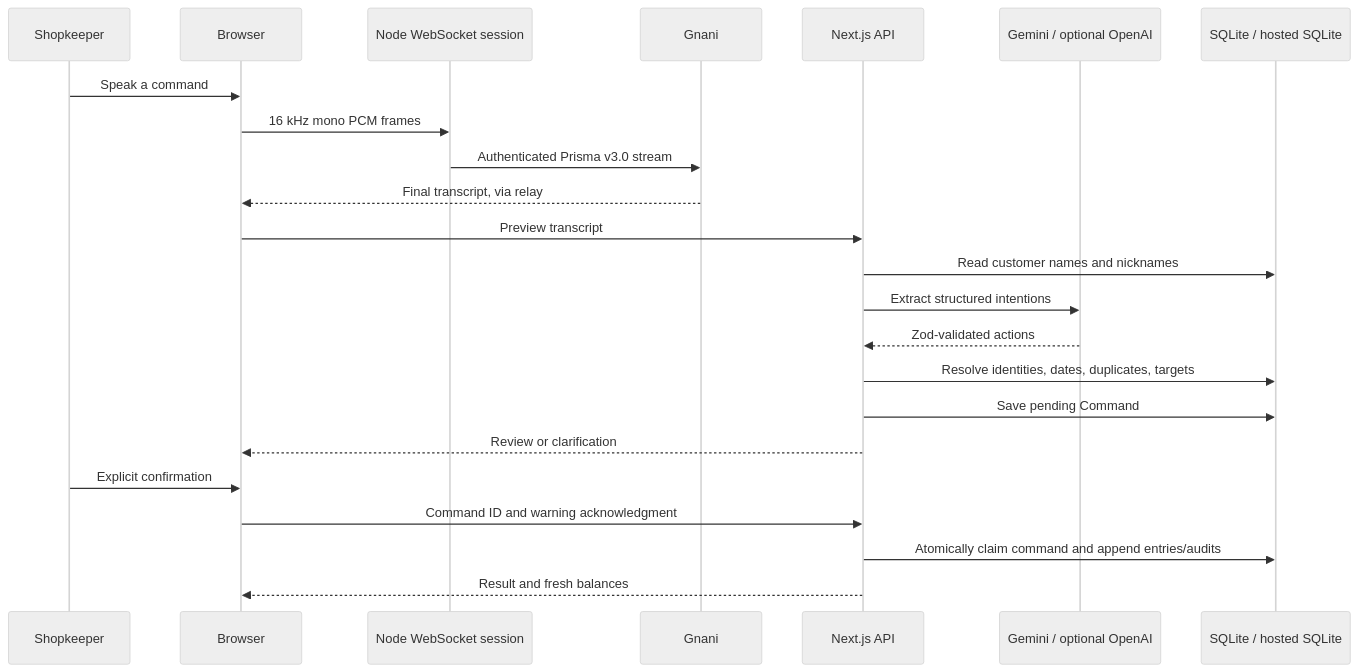
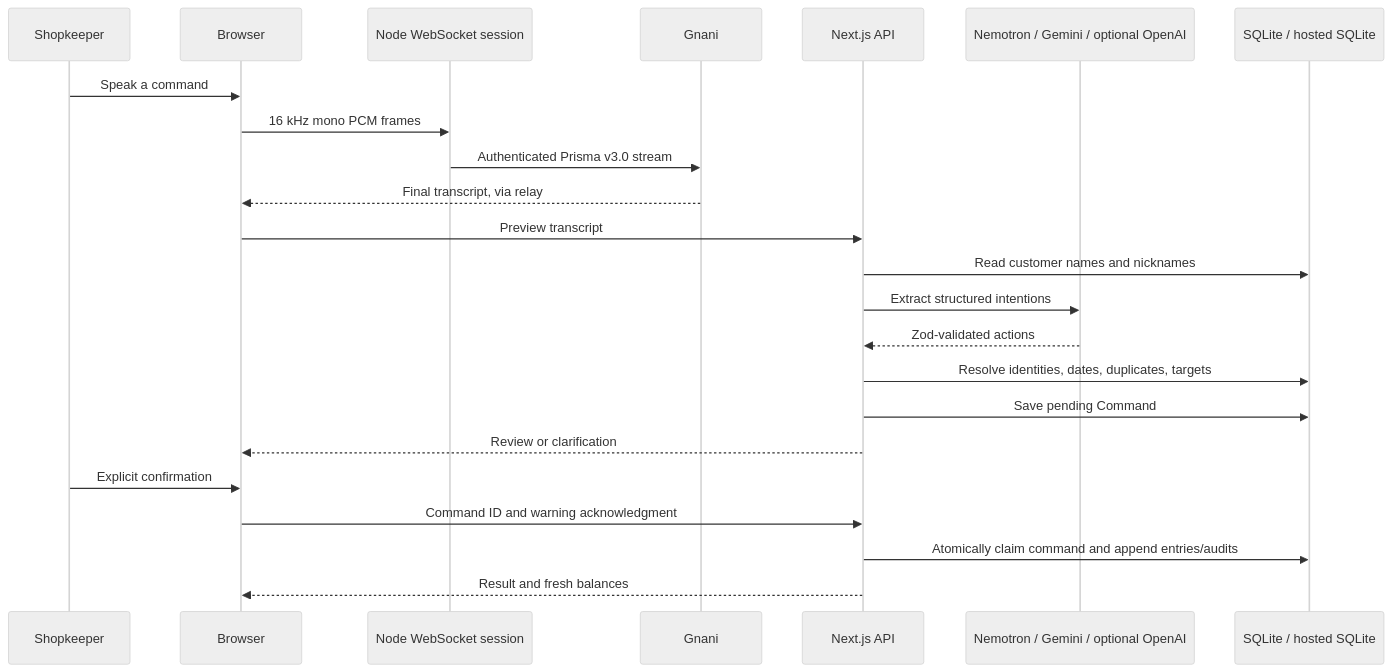
One commit to raghavg1024-stack/khatax-os changed the diagram in docs/ARCHITECTURE.md. Above: the diagram before and after it, drawn with Mermaid (neutral theme). The commit also changed other lines of this file and 14 other files, not shown here.

````diff
--- a/docs/ARCHITECTURE.md
+++ b/docs/ARCHITECTURE.md
@@ -18,25 +18,25 @@
 ```mermaid
 sequenceDiagram
     participant Shopkeeper
     participant Browser
     participant Voice as Node WebSocket session
     participant Gnani
     participant API as Next.js API
-    participant LLM as Gemini / optional OpenAI
+    participant LLM as Nemotron / Gemini / optional OpenAI
     participant DB as SQLite / hosted SQLite
     Shopkeeper->>Browser: Speak a command
     Browser->>Voice: 16 kHz mono PCM frames
     Voice->>Gnani: Authenticated Prisma v3.0 stream
     Gnani-->>Browser: Final transcript, via relay
     Browser->>API: Preview transcript
     API->>DB: Read customer names and nicknames
     API->>LLM: Extract structured intentions
     LLM-->>API: Zod-validated actions
     API->>DB: Resolve identities, dates, duplicates, targets
     API->>DB: Save pending Command
     API-->>Browser: Review or clarification
     Shopkeeper->>Browser: Explicit confirmation
     Browser->>API: Command ID and warning acknowledgment
     API->>DB: Atomically claim command and append entries/audits
     API-->>Browser: Result and fresh balances
 ```
````
